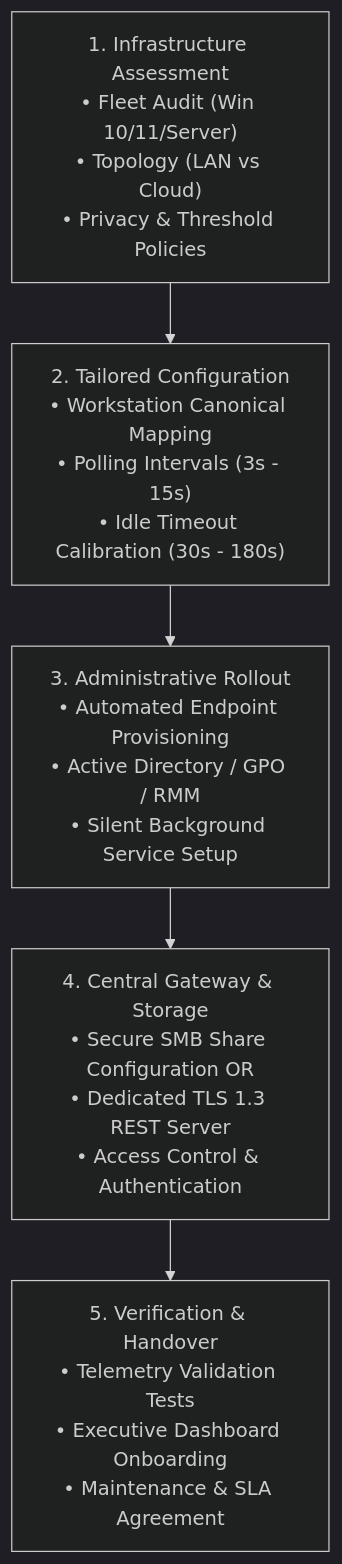
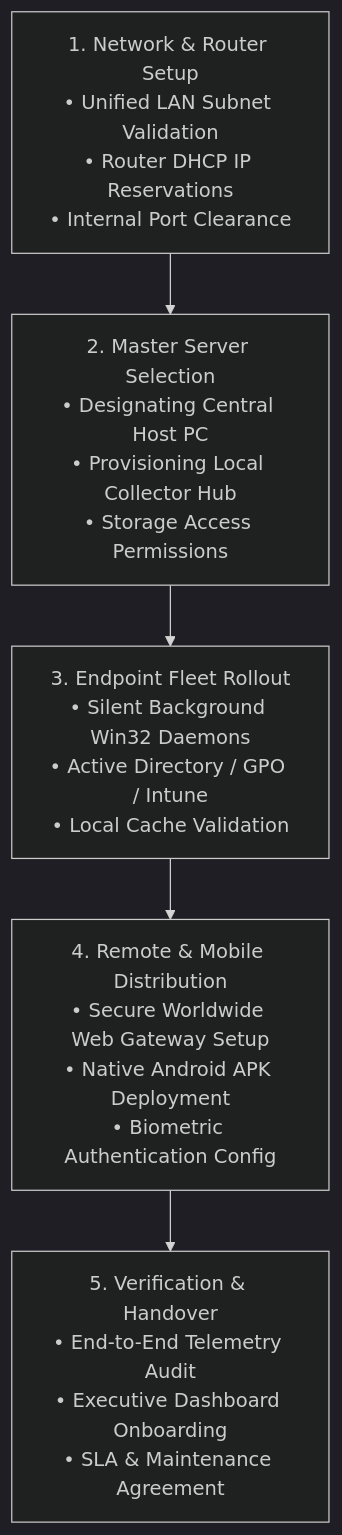
One commit to GinCz/Windows_scripts changed the diagram in projects/Windows/Work_Time_Stat/INSTALLATION.md. Above: the diagram before and after it, drawn with Mermaid (dark theme). The commit also changed other lines of this file and 12 other files, not shown here.

Commit message:
feat(portfolio): canonical Work_Time_Stat naming, master server architecture, and tri-mode theme

````diff
--- a/projects/Windows/Work_Time_Stat/INSTALLATION.md
+++ b/projects/Windows/Work_Time_Stat/INSTALLATION.md
@@ -24,7 +24,7 @@
 ```mermaid
 flowchart TD
-    A["1. Infrastructure Assessment<br/>• Fleet Audit (Win 10/11/Server)<br/>• Topology (LAN vs Cloud)<br/>• Privacy & Threshold Policies"] --> B["2. Tailored Configuration<br/>• Workstation Canonical Mapping<br/>• Polling Intervals (3s - 15s)<br/>• Idle Timeout Calibration (30s - 180s)"]
-    B --> C["3. Administrative Rollout<br/>• Automated Endpoint Provisioning<br/>• Active Directory / GPO / RMM<br/>• Silent Background Service Setup"]
-    C --> D["4. Central Gateway & Storage<br/>• Secure SMB Share Configuration OR<br/>• Dedicated TLS 1.3 REST Server<br/>• Access Control & Authentication"]
-    D --> E["5. Verification & Handover<br/>• Telemetry Validation Tests<br/>• Executive Dashboard Onboarding<br/>• Maintenance & SLA Agreement"]
+    A["1. Network & Router Setup<br/>• Unified LAN Subnet Validation<br/>• Router DHCP IP Reservations<br/>• Internal Port Clearance"] --> B["2. Master Server Selection<br/>• Designating Central Host PC<br/>• Provisioning Local Collector Hub<br/>• Storage Access Permissions"]
+    B --> C["3. Endpoint Fleet Rollout<br/>• Silent Background Win32 Daemons<br/>• Active Directory / GPO / Intune<br/>• Local Cache Validation"]
+    C --> D["4. Remote & Mobile Distribution<br/>• Secure Worldwide Web Gateway Setup<br/>• Native Android APK Deployment<br/>• Biometric Authentication Config"]
+    D --> E["5. Verification & Handover<br/>• End-to-End Telemetry Audit<br/>• Executive Dashboard Onboarding<br/>• SLA & Maintenance Agreement"]
 ```
````
